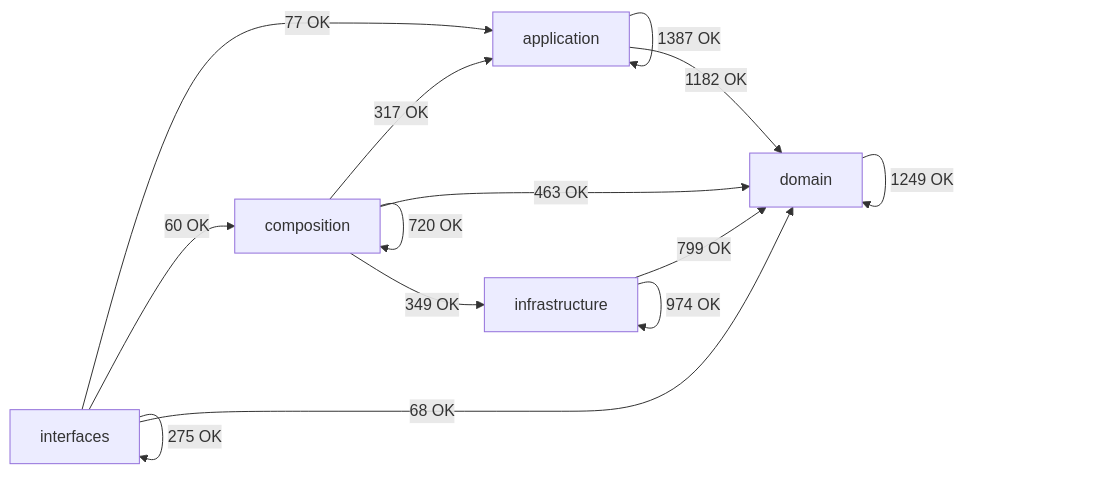
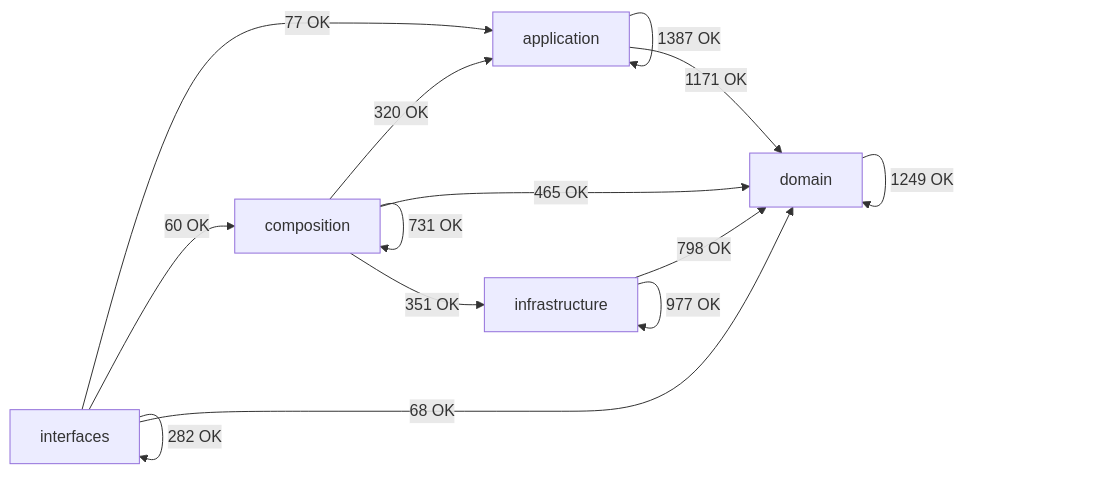
The diagram in docs/02-architecture/generated/module-dependency-map.md (SatoryKono/BioactivityDataAcquisition), drawn with Mermaid before and after one commit. The commit also changed other lines of this file and 122 other files, not shown here.

````diff
--- a/docs/02-architecture/generated/module-dependency-map.md
+++ b/docs/02-architecture/generated/module-dependency-map.md
@@ -17,21 +17,21 @@
 ```mermaid
 flowchart LR
     domain[domain]
     application[application]
     infrastructure[infrastructure]
     composition[composition]
     interfaces[interfaces]
     application -->|1387 OK| application
-    application -->|1182 OK| domain
-    composition -->|317 OK| application
-    composition -->|720 OK| composition
-    composition -->|463 OK| domain
-    composition -->|349 OK| infrastructure
+    application -->|1171 OK| domain
+    composition -->|320 OK| application
+    composition -->|731 OK| composition
+    composition -->|465 OK| domain
+    composition -->|351 OK| infrastructure
     domain -->|1249 OK| domain
-    infrastructure -->|799 OK| domain
-    infrastructure -->|974 OK| infrastructure
+    infrastructure -->|798 OK| domain
+    infrastructure -->|977 OK| infrastructure
     interfaces -->|77 OK| application
     interfaces -->|60 OK| composition
     interfaces -->|68 OK| domain
-    interfaces -->|275 OK| interfaces
+    interfaces -->|282 OK| interfaces
 ```
````
